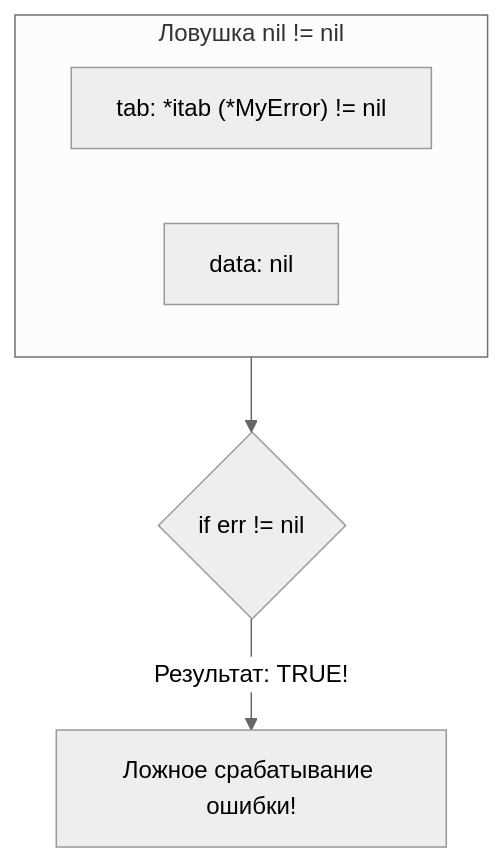
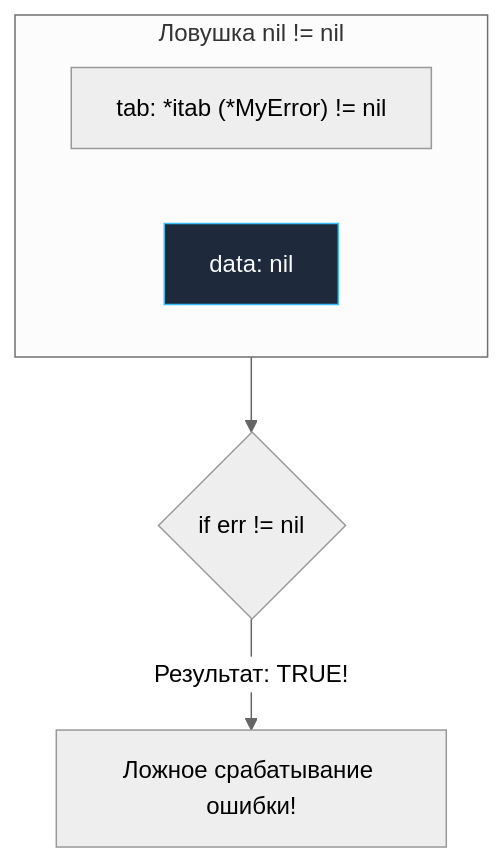
Before and after one commit to UnrealTemplier/go-textbook: the second of 4 diagrams in sources/6. Стандартная библиотека Go/3. errors. Создание, оборачивание и сравнение ошибок.md, drawn with Mermaid (neutral theme). The commit also changed other lines of this file and 1666 other files, not shown here.

First line of the commit message:
feat(mermaid): add semantic color classDef to 1369 colorless flowchart/graph diagrams

````diff
--- a/sources/6. Стандартная библиотека Go/3. errors. Создание, оборачивание и сравнение ошибок.md
+++ b/sources/6. Стандартная библиотека Go/3. errors. Создание, оборачивание и сравнение ошибок.md
@@ -88,9 +98,19 @@
 ```mermaid
 flowchart TD
+    classDef process  fill:#1e293b,stroke:#38bdf8,stroke-width:1px,color:#f8fafc
+    classDef success  fill:#064e3b,stroke:#34d399,stroke-width:1px,color:#f8fafc
+    classDef error    fill:#7f1d1d,stroke:#f87171,stroke-width:1px,color:#f8fafc
+    classDef warning  fill:#78350f,stroke:#fbbf24,stroke-width:1px,color:#f8fafc
+    classDef entry    fill:#1e3a5f,stroke:#38bdf8,stroke-width:2px,color:#f8fafc
+    classDef aux      fill:#334155,stroke:#64748b,stroke-width:1px,color:#f8fafc
+    classDef system   fill:#312e81,stroke:#a78bfa,stroke-width:1px,color:#f8fafc
+    classDef data     fill:#132d29,stroke:#2dd4bf,stroke-width:1px,color:#f8fafc
+    classDef network  fill:#881337,stroke:#fb7185,stroke-width:1px,color:#f8fafc
+    classDef accent   fill:#1e1b4b,stroke:#818cf8,stroke-width:1px,color:#f8fafc
     subgraph NonNilIface["Ловушка nil != nil"]
         T["tab: *itab (*MyError) != nil"]
-        D["data: nil"]
+        D["data: nil"]:::process
     end
     NonNilIface --> Check{"if err != nil"}
     Check -->|"Результат: TRUE!"| Panic["Ложное срабатывание ошибки!"]
 ```
````
